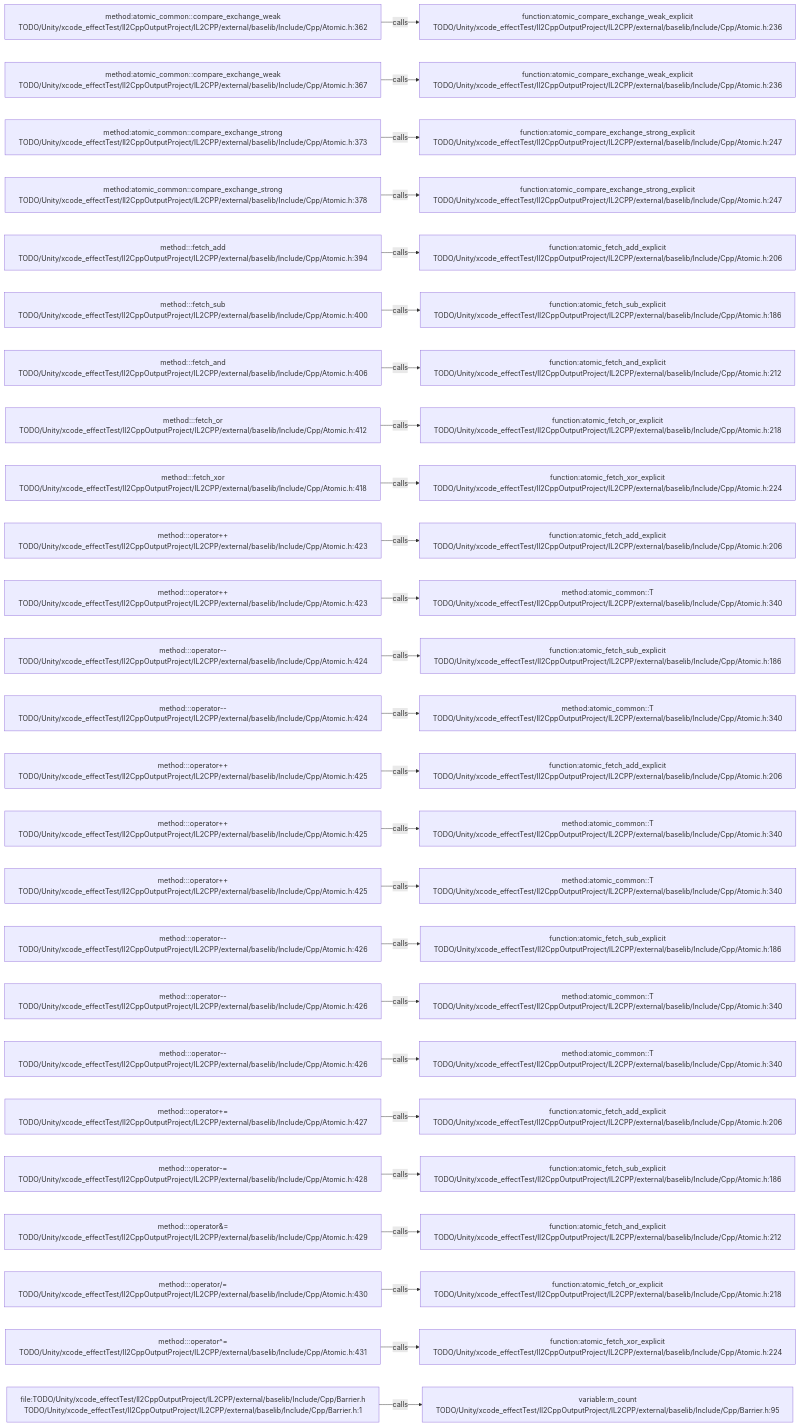
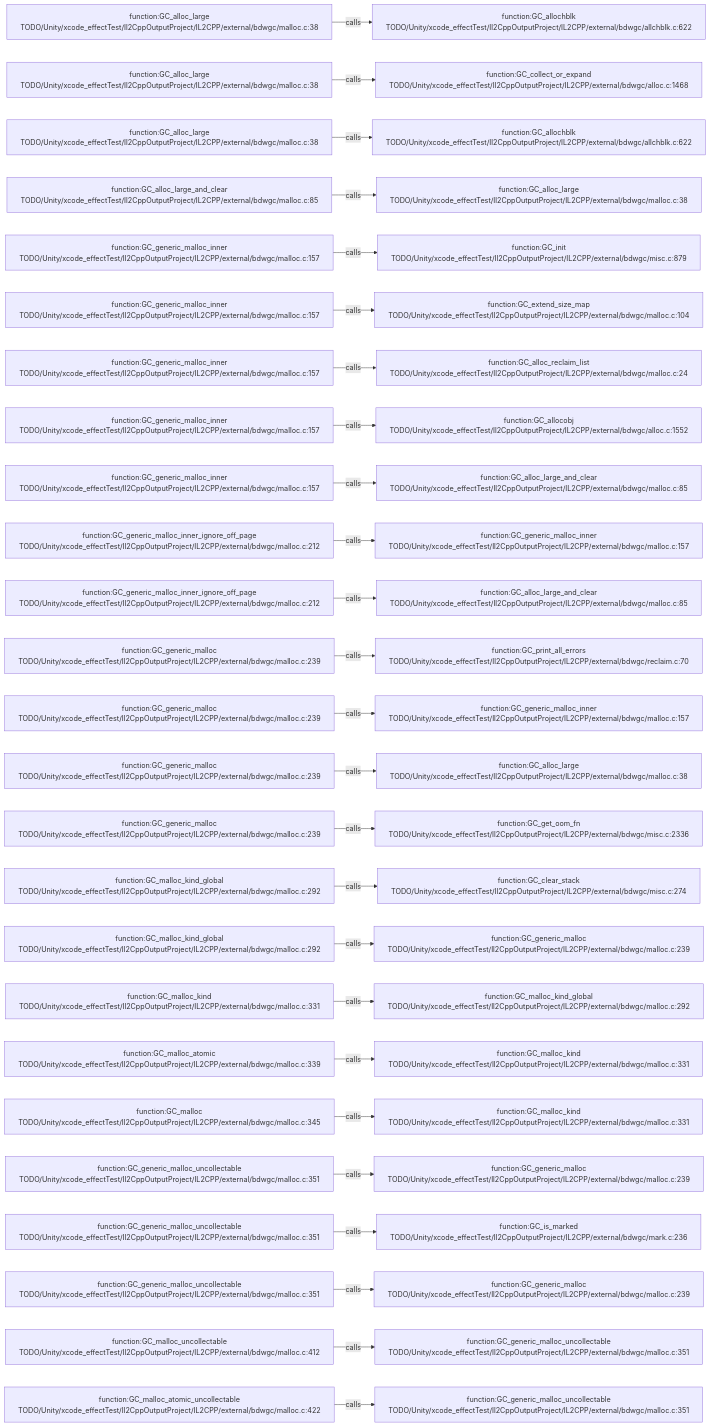
One commit to JobsKits/JobsSwiftBaseConfigDemo changed the diagram in .codegraph/codegraph.md/graphs/calls-126.md. Above: the diagram before and after it, drawn with Mermaid. The commit also changed 227 other files, not shown here.

````diff
--- a/.codegraph/codegraph.md/graphs/calls-126.md
+++ b/.codegraph/codegraph.md/graphs/calls-126.md
@@ -13,78 +13,78 @@
 ```mermaid
 flowchart LR
-  S1["method:atomic_common::compare_exchange_weak<br/>TODO/Unity/xcode_effectTest/Il2CppOutputProject/IL2CPP/external/baselib/Include/Cpp/Atomic.h:362"]
-  T1["function:atomic_compare_exchange_weak_explicit<br/>TODO/Unity/xcode_effectTest/Il2CppOutputProject/IL2CPP/external/baselib/Include/Cpp/Atomic.h:236"]
+  S1["function:GC_alloc_large<br/>TODO/Unity/xcode_effectTest/Il2CppOutputProject/IL2CPP/external/bdwgc/malloc.c:38"]
+  T1["function:GC_allochblk<br/>TODO/Unity/xcode_effectTest/Il2CppOutputProject/IL2CPP/external/bdwgc/allchblk.c:622"]
   S1 -->|calls| T1
-  S2["method:atomic_common::compare_exchange_weak<br/>TODO/Unity/xcode_effectTest/Il2CppOutputProject/IL2CPP/external/baselib/Include/Cpp/Atomic.h:367"]
-  T2["function:atomic_compare_exchange_weak_explicit<br/>TODO/Unity/xcode_effectTest/Il2CppOutputProject/IL2CPP/external/baselib/Include/Cpp/Atomic.h:236"]
+  S2["function:GC_alloc_large<br/>TODO/Unity/xcode_effectTest/Il2CppOutputProject/IL2CPP/external/bdwgc/malloc.c:38"]
+  T2["function:GC_collect_or_expand<br/>TODO/Unity/xcode_effectTest/Il2CppOutputProject/IL2CPP/external/bdwgc/alloc.c:1468"]
   S2 -->|calls| T2
-  S3["method:atomic_common::compare_exchange_strong<br/>TODO/Unity/xcode_effectTest/Il2CppOutputProject/IL2CPP/external/baselib/Include/Cpp/Atomic.h:373"]
-  T3["function:atomic_compare_exchange_strong_explicit<br/>TODO/Unity/xcode_effectTest/Il2CppOutputProject/IL2CPP/external/baselib/Include/Cpp/Atomic.h:247"]
+  S3["function:GC_alloc_large<br/>TODO/Unity/xcode_effectTest/Il2CppOutputProject/IL2CPP/external/bdwgc/malloc.c:38"]
+  T3["function:GC_allochblk<br/>TODO/Unity/xcode_effectTest/Il2CppOutputProject/IL2CPP/external/bdwgc/allchblk.c:622"]
   S3 -->|calls| T3
-  S4["method:atomic_common::compare_exchange_strong<br/>TODO/Unity/xcode_effectTest/Il2CppOutputProject/IL2CPP/external/baselib/Include/Cpp/Atomic.h:378"]
-  T4["function:atomic_compare_exchange_strong_explicit<br/>TODO/Unity/xcode_effectTest/Il2CppOutputProject/IL2CPP/external/baselib/Include/Cpp/Atomic.h:247"]
+  S4["function:GC_alloc_large_and_clear<br/>TODO/Unity/xcode_effectTest/Il2CppOutputProject/IL2CPP/external/bdwgc/malloc.c:85"]
+  T4["function:GC_alloc_large<br/>TODO/Unity/xcode_effectTest/Il2CppOutputProject/IL2CPP/external/bdwgc/malloc.c:38"]
   S4 -->|calls| T4
-  S5["method:<anonymous>::fetch_add<br/>TODO/Unity/xcode_effectTest/Il2CppOutputProject/IL2CPP/external/baselib/Include/Cpp/Atomic.h:394"]
-  T5["function:atomic_fetch_add_explicit<br/>TODO/Unity/xcode_effectTest/Il2CppOutputProject/IL2CPP/external/baselib/Include/Cpp/Atomic.h:206"]
+  S5["function:GC_generic_malloc_inner<br/>TODO/Unity/xcode_effectTest/Il2CppOutputProject/IL2CPP/external/bdwgc/malloc.c:157"]
+  T5["function:GC_init<br/>TODO/Unity/xcode_effectTest/Il2CppOutputProject/IL2CPP/external/bdwgc/misc.c:879"]
   S5 -->|calls| T5
-  S6["method:<anonymous>::fetch_sub<br/>TODO/Unity/xcode_effectTest/Il2CppOutputProject/IL2CPP/external/baselib/Include/Cpp/Atomic.h:400"]
-  T6["function:atomic_fetch_sub_explicit<br/>TODO/Unity/xcode_effectTest/Il2CppOutputProject/IL2CPP/external/baselib/Include/Cpp/Atomic.h:186"]
+  S6["function:GC_generic_malloc_inner<br/>TODO/Unity/xcode_effectTest/Il2CppOutputProject/IL2CPP/external/bdwgc/malloc.c:157"]
+  T6["function:GC_extend_size_map<br/>TODO/Unity/xcode_effectTest/Il2CppOutputProject/IL2CPP/external/bdwgc/malloc.c:104"]
   S6 -->|calls| T6
-  S7["method:<anonymous>::fetch_and<br/>TODO/Unity/xcode_effectTest/Il2CppOutputProject/IL2CPP/external/baselib/Include/Cpp/Atomic.h:406"]
-  T7["function:atomic_fetch_and_explicit<br/>TODO/Unity/xcode_effectTest/Il2CppOutputProject/IL2CPP/external/baselib/Include/Cpp/Atomic.h:212"]
+  S7["function:GC_generic_malloc_inner<br/>TODO/Unity/xcode_effectTest/Il2CppOutputProject/IL2CPP/external/bdwgc/malloc.c:157"]
+  T7["function:GC_alloc_reclaim_list<br/>TODO/Unity/xcode_effectTest/Il2CppOutputProject/IL2CPP/external/bdwgc/malloc.c:24"]
   S7 -->|calls| T7
-  S8["method:<anonymous>::fetch_or<br/>TODO/Unity/xcode_effectTest/Il2CppOutputProject/IL2CPP/external/baselib/Include/Cpp/Atomic.h:412"]
-  T8["function:atomic_fetch_or_explicit<br/>TODO/Unity/xcode_effectTest/Il2CppOutputProject/IL2CPP/external/baselib/Include/Cpp/Atomic.h:218"]
+  S8["function:GC_generic_malloc_inner<br/>TODO/Unity/xcode_effectTest/Il2CppOutputProject/IL2CPP/external/bdwgc/malloc.c:157"]
+  T8["function:GC_allocobj<br/>TODO/Unity/xcode_effectTest/Il2CppOutputProject/IL2CPP/external/bdwgc/alloc.c:1552"]
   S8 -->|calls| T8
-  S9["method:<anonymous>::fetch_xor<br/>TODO/Unity/xcode_effectTest/Il2CppOutputProject/IL2CPP/external/baselib/Include/Cpp/Atomic.h:418"]
-  T9["function:atomic_fetch_xor_explicit<br/>TODO/Unity/xcode_effectTest/Il2CppOutputProject/IL2CPP/external/baselib/Include/Cpp/Atomic.h:224"]
+  S9["function:GC_generic_malloc_inner<br/>TODO/Unity/xcode_effectTest/Il2CppOutputProject/IL2CPP/external/bdwgc/malloc.c:157"]
+  T9["function:GC_alloc_large_and_clear<br/>TODO/Unity/xcode_effectTest/Il2CppOutputProject/IL2CPP/external/bdwgc/malloc.c:85"]
   S9 -->|calls| T9
-  S10["method:<anonymous>::operator++<br/>TODO/Unity/xcode_effectTest/Il2CppOutputProject/IL2CPP/external/baselib/Include/Cpp/Atomic.h:423"]
-  T10["function:atomic_fetch_add_explicit<br/>TODO/Unity/xcode_effectTest/Il2CppOutputProject/IL2CPP/external/baselib/Include/Cpp/Atomic.h:206"]
+  S10["function:GC_generic_malloc_inner_ignore_off_page<br/>TODO/Unity/xcode_effectTest/Il2CppOutputProject/IL2CPP/external/bdwgc/malloc.c:212"]
+  T10["function:GC_generic_malloc_inner<br/>TODO/Unity/xcode_effectTest/Il2CppOutputProject/IL2CPP/external/bdwgc/malloc.c:157"]
   S10 -->|calls| T10
-  S11["method:<anonymous>::operator++<br/>TODO/Unity/xcode_effectTest/Il2CppOutputProject/IL2CPP/external/baselib/Include/Cpp/Atomic.h:423"]
-  T11["method:atomic_common::T<br/>TODO/Unity/xcode_effectTest/Il2CppOutputProject/IL2CPP/external/baselib/Include/Cpp/Atomic.h:340"]
+  S11["function:GC_generic_malloc_inner_ignore_off_page<br/>TODO/Unity/xcode_effectTest/Il2CppOutputProject/IL2CPP/external/bdwgc/malloc.c:212"]
+  T11["function:GC_alloc_large_and_clear<br/>TODO/Unity/xcode_effectTest/Il2CppOutputProject/IL2CPP/external/bdwgc/malloc.c:85"]
   S11 -->|calls| T11
-  S12["method:<anonymous>::operator--<br/>TODO/Unity/xcode_effectTest/Il2CppOutputProject/IL2CPP/external/baselib/Include/Cpp/Atomic.h:424"]
-  T12["function:atomic_fetch_sub_explicit<br/>TODO/Unity/xcode_effectTest/Il2CppOutputProject/IL2CPP/external/baselib/Include/Cpp/Atomic.h:186"]
+  S12["function:GC_generic_malloc<br/>TODO/Unity/xcode_effectTest/Il2CppOutputProject/IL2CPP/external/bdwgc/malloc.c:239"]
+  T12["function:GC_print_all_errors<br/>TODO/Unity/xcode_effectTest/Il2CppOutputProject/IL2CPP/external/bdwgc/reclaim.c:70"]
   S12 -->|calls| T12
-  S13["method:<anonymous>::operator--<br/>TODO/Unity/xcode_effectTest/Il2CppOutputProject/IL2CPP/external/baselib/Include/Cpp/Atomic.h:424"]
-  T13["method:atomic_common::T<br/>TODO/Unity/xcode_effectTest/Il2CppOutputProject/IL2CPP/external/baselib/Include/Cpp/Atomic.h:340"]
+  S13["function:GC_generic_malloc<br/>TODO/Unity/xcode_effectTest/Il2CppOutputProject/IL2CPP/external/bdwgc/malloc.c:239"]
+  T13["function:GC_generic_malloc_inner<br/>TODO/Unity/xcode_effectTest/Il2CppOutputProject/IL2CPP/external/bdwgc/malloc.c:157"]
   S13 -->|calls| T13
-  S14["method:<anonymous>::operator++<br/>TODO/Unity/xcode_effectTest/Il2CppOutputProject/IL2CPP/external/baselib/Include/Cpp/Atomic.h:425"]
-  T14["function:atomic_fetch_add_explicit<br/>TODO/Unity/xcode_effectTest/Il2CppOutputProject/IL2CPP/external/baselib/Include/Cpp/Atomic.h:206"]
+  S14["function:GC_generic_malloc<br/>TODO/Unity/xcode_effectTest/Il2CppOutputProject/IL2CPP/external/bdwgc/malloc.c:239"]
+  T14["function:GC_alloc_large<br/>TODO/Unity/xcode_effectTest/Il2CppOutputProject/IL2CPP/external/bdwgc/malloc.c:38"]
   S14 -->|calls| T14
-  S15["method:<anonymous>::operator++<br/>TODO/Unity/xcode_effectTest/Il2CppOutputProject/IL2CPP/external/baselib/Include/Cpp/Atomic.h:425"]
-  T15["method:atomic_common::T<br/>TODO/Unity/xcode_effectTest/Il2CppOutputProject/IL2CPP/external/baselib/Include/Cpp/Atomic.h:340"]
+  S15["function:GC_generic_malloc<br/>TODO/Unity/xcode_effectTest/Il2CppOutputProject/IL2CPP/external/bdwgc/malloc.c:239"]
+  T15["function:GC_get_oom_fn<br/>TODO/Unity/xcode_effectTest/Il2CppOutputProject/IL2CPP/external/bdwgc/misc.c:2336"]
   S15 -->|calls| T15
-  S16["method:<anonymous>::operator++<br/>TODO/Unity/xcode_effectTest/Il2CppOutputProject/IL2CPP/external/baselib/Include/Cpp/Atomic.h:425"]
-  T16["method:atomic_common::T<br/>TODO/Unity/xcode_effectTest/Il2CppOutputProject/IL2CPP/external/baselib/Include/Cpp/Atomic.h:340"]
+  S16["function:GC_malloc_kind_global<br/>TODO/Unity/xcode_effectTest/Il2CppOutputProject/IL2CPP/external/bdwgc/malloc.c:292"]
+  T16["function:GC_clear_stack<br/>TODO/Unity/xcode_effectTest/Il2CppOutputProject/IL2CPP/external/bdwgc/misc.c:274"]
   S16 -->|calls| T16
-  S17["method:<anonymous>::operator--<br/>TODO/Unity/xcode_effectTest/Il2CppOutputProject/IL2CPP/external/baselib/Include/Cpp/Atomic.h:426"]
-  T17["function:atomic_fetch_sub_explicit<br/>TODO/Unity/xcode_effectTest/Il2CppOutputProject/IL2CPP/external/baselib/Include/Cpp/Atomic.h:186"]
+  S17["function:GC_malloc_kind_global<br/>TODO/Unity/xcode_effectTest/Il2CppOutputProject/IL2CPP/external/bdwgc/malloc.c:292"]
+  T17["function:GC_generic_malloc<br/>TODO/Unity/xcode_effectTest/Il2CppOutputProject/IL2CPP/external/bdwgc/malloc.c:239"]
   S17 -->|calls| T17
-  S18["method:<anonymous>::operator--<br/>TODO/Unity/xcode_effectTest/Il2CppOutputProject/IL2CPP/external/baselib/Include/Cpp/Atomic.h:426"]
-  T18["method:atomic_common::T<br/>TODO/Unity/xcode_effectTest/Il2CppOutputProject/IL2CPP/external/baselib/Include/Cpp/Atomic.h:340"]
+  S18["function:GC_malloc_kind<br/>TODO/Unity/xcode_effectTest/Il2CppOutputProject/IL2CPP/external/bdwgc/malloc.c:331"]
+  T18["function:GC_malloc_kind_global<br/>TODO/Unity/xcode_effectTest/Il2CppOutputProject/IL2CPP/external/bdwgc/malloc.c:292"]
   S18 -->|calls| T18
-  S19["method:<anonymous>::operator--<br/>TODO/Unity/xcode_effectTest/Il2CppOutputProject/IL2CPP/external/baselib/Include/Cpp/Atomic.h:426"]
-  T19["method:atomic_common::T<br/>TODO/Unity/xcode_effectTest/Il2CppOutputProject/IL2CPP/external/baselib/Include/Cpp/Atomic.h:340"]
+  S19["function:GC_malloc_atomic<br/>TODO/Unity/xcode_effectTest/Il2CppOutputProject/IL2CPP/external/bdwgc/malloc.c:339"]
+  T19["function:GC_malloc_kind<br/>TODO/Unity/xcode_effectTest/Il2CppOutputProject/IL2CPP/external/bdwgc/malloc.c:331"]
   S19 -->|calls| T19
-  S20["method:<anonymous>::operator+=<br/>TODO/Unity/xcode_effectTest/Il2CppOutputProject/IL2CPP/external/baselib/Include/Cpp/Atomic.h:427"]
-  T20["function:atomic_fetch_add_explicit<br/>TODO/Unity/xcode_effectTest/Il2CppOutputProject/IL2CPP/external/baselib/Include/Cpp/Atomic.h:206"]
+  S20["function:GC_malloc<br/>TODO/Unity/xcode_effectTest/Il2CppOutputProject/IL2CPP/external/bdwgc/malloc.c:345"]
+  T20["function:GC_malloc_kind<br/>TODO/Unity/xcode_effectTest/Il2CppOutputProject/IL2CPP/external/bdwgc/malloc.c:331"]
   S20 -->|calls| T20
-  S21["method:<anonymous>::operator-=<br/>TODO/Unity/xcode_effectTest/Il2CppOutputProject/IL2CPP/external/baselib/Include/Cpp/Atomic.h:428"]
-  T21["function:atomic_fetch_sub_explicit<br/>TODO/Unity/xcode_effectTest/Il2CppOutputProject/IL2CPP/external/baselib/Include/Cpp/Atomic.h:186"]
+  S21["function:GC_generic_malloc_uncollectable<br/>TODO/Unity/xcode_effectTest/Il2CppOutputProject/IL2CPP/external/bdwgc/malloc.c:351"]
+  T21["function:GC_generic_malloc<br/>TODO/Unity/xcode_effectTest/Il2CppOutputProject/IL2CPP/external/bdwgc/malloc.c:239"]
   S21 -->|calls| T21
-  S22["method:<anonymous>::operator&=<br/>TODO/Unity/xcode_effectTest/Il2CppOutputProject/IL2CPP/external/baselib/Include/Cpp/Atomic.h:429"]
-  T22["function:atomic_fetch_and_explicit<br/>TODO/Unity/xcode_effectTest/Il2CppOutputProject/IL2CPP/external/baselib/Include/Cpp/Atomic.h:212"]
+  S22["function:GC_generic_malloc_uncollectable<br/>TODO/Unity/xcode_effectTest/Il2CppOutputProject/IL2CPP/external/bdwgc/malloc.c:351"]
+  T22["function:GC_is_marked<br/>TODO/Unity/xcode_effectTest/Il2CppOutputProject/IL2CPP/external/bdwgc/mark.c:236"]
   S22 -->|calls| T22
-  S23["method:<anonymous>::operator/=<br/>TODO/Unity/xcode_effectTest/Il2CppOutputProject/IL2CPP/external/baselib/Include/Cpp/Atomic.h:430"]
-  T23["function:atomic_fetch_or_explicit<br/>TODO/Unity/xcode_effectTest/Il2CppOutputProject/IL2CPP/external/baselib/Include/Cpp/Atomic.h:218"]
+  S23["function:GC_generic_malloc_uncollectable<br/>TODO/Unity/xcode_effectTest/Il2CppOutputProject/IL2CPP/external/bdwgc/malloc.c:351"]
+  T23["function:GC_generic_malloc<br/>TODO/Unity/xcode_effectTest/Il2CppOutputProject/IL2CPP/external/bdwgc/malloc.c:239"]
   S23 -->|calls| T23
-  S24["method:<anonymous>::operator^=<br/>TODO/Unity/xcode_effectTest/Il2CppOutputProject/IL2CPP/external/baselib/Include/Cpp/Atomic.h:431"]
-  T24["function:atomic_fetch_xor_explicit<br/>TODO/Unity/xcode_effectTest/Il2CppOutputProject/IL2CPP/external/baselib/Include/Cpp/Atomic.h:224"]
+  S24["function:GC_malloc_uncollectable<br/>TODO/Unity/xcode_effectTest/Il2CppOutputProject/IL2CPP/external/bdwgc/malloc.c:412"]
+  T24["function:GC_generic_malloc_uncollectable<br/>TODO/Unity/xcode_effectTest/Il2CppOutputProject/IL2CPP/external/bdwgc/malloc.c:351"]
   S24 -->|calls| T24
-  S25["file:TODO/Unity/xcode_effectTest/Il2CppOutputProject/IL2CPP/external/baselib/Include/Cpp/Barrier.h<br/>TODO/Unity/xcode_effectTest/Il2CppOutputProject/IL2CPP/external/baselib/Include/Cpp/Barrier.h:1"]
-  T25["variable:m_count<br/>TODO/Unity/xcode_effectTest/Il2CppOutputProject/IL2CPP/external/baselib/Include/Cpp/Barrier.h:95"]
+  S25["function:GC_malloc_atomic_uncollectable<br/>TODO/Unity/xcode_effectTest/Il2CppOutputProject/IL2CPP/external/bdwgc/malloc.c:422"]
+  T25["function:GC_generic_malloc_uncollectable<br/>TODO/Unity/xcode_effectTest/Il2CppOutputProject/IL2CPP/external/bdwgc/malloc.c:351"]
   S25 -->|calls| T25
 ```
````
